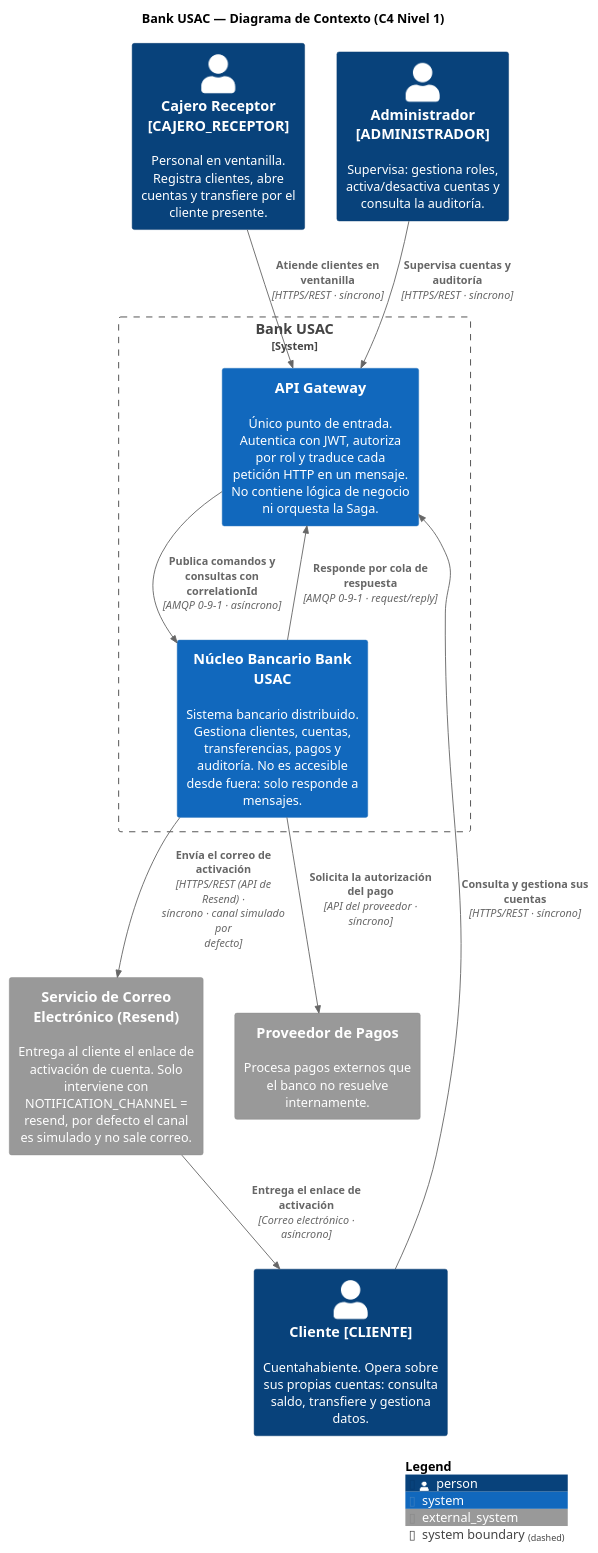
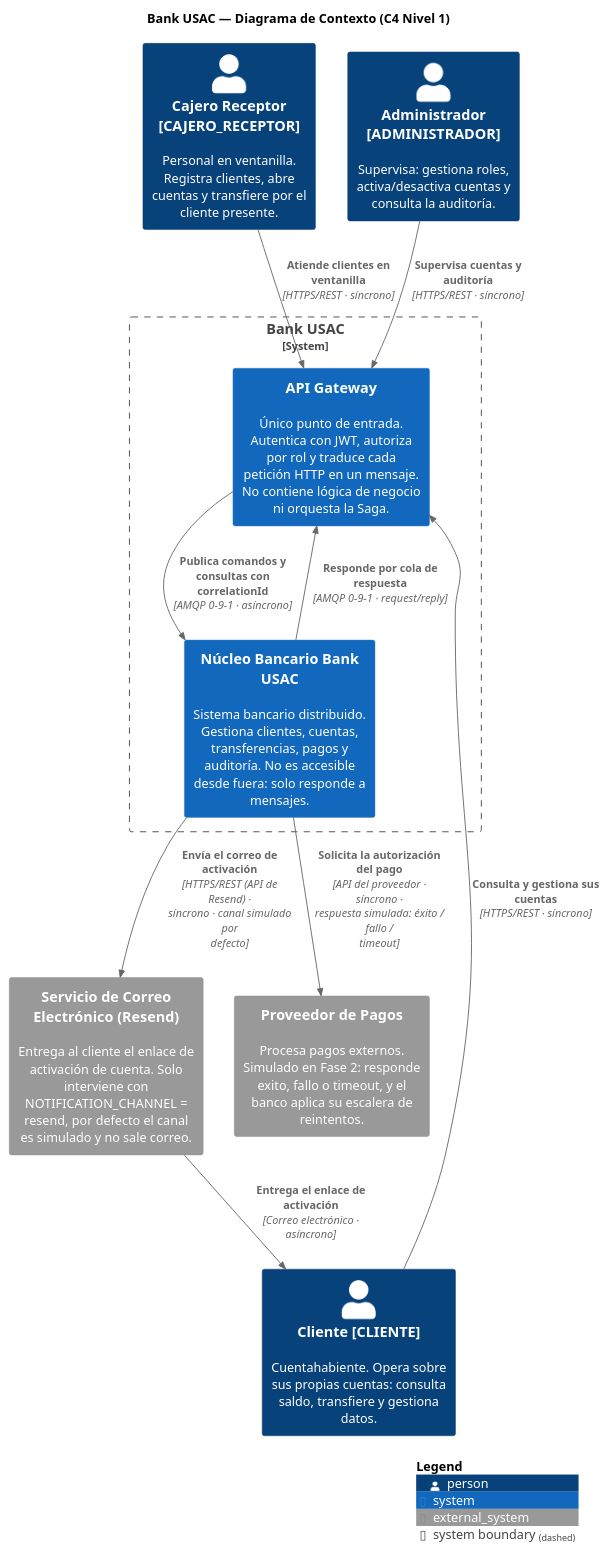
Before and after one commit to marcosbondel/Proyecto-SA-B-2: the diagram in docs/architecture/diagrams/02-c4-contexto.puml, drawn with PlantUML. The commit also changed 8 other files, not shown here.

```diff
--- a/docs/architecture/diagrams/02-c4-contexto.puml
+++ b/docs/architecture/diagrams/02-c4-contexto.puml
@@ -1,39 +1,39 @@
 @startuml
 !include https://raw.githubusercontent.com/plantuml-stdlib/C4-PlantUML/master/C4_Context.puml
 
 ' Bank USAC - C4 Nivel 1 - Diagrama de Contexto
 ' El API Gateway aparece explicitamente dentro del limite del sistema porque el
 ' enunciado lo exige en este nivel (§4.2, "Debe incluir: API Gateway") y evalua
 ' la "Representacion correcta del Gateway como punto de entrada". Es el unico
 ' elemento que recibe trafico de los actores; nada externo habla con el nucleo.
 ' Cada relacion declara tecnologia, protocolo y tipo de interaccion (sincrona o
 ' asincrona), tambien exigido por el enunciado.
 ' Esta fuente debe coincidir con 02-c4-contexto.mmd en TODAS las etiquetas.
 
 title Bank USAC — Diagrama de Contexto (C4 Nivel 1)
 
 Person(cliente, "Cliente [CLIENTE]", "Cuentahabiente. Opera sobre sus propias cuentas: consulta saldo, transfiere y gestiona datos.")
 Person(cajero, "Cajero Receptor [CAJERO_RECEPTOR]", "Personal en ventanilla. Registra clientes, abre cuentas y transfiere por el cliente presente.")
 Person(admin, "Administrador [ADMINISTRADOR]", "Supervisa: gestiona roles, activa/desactiva cuentas y consulta la auditoría.")
 
 System_Boundary(limite, "Bank USAC") {
     System(gateway, "API Gateway", "Único punto de entrada. Autentica con JWT, autoriza por rol y traduce cada petición HTTP en un mensaje. No contiene lógica de negocio ni orquesta la Saga.")
     System(bankusac, "Núcleo Bancario Bank USAC", "Sistema bancario distribuido. Gestiona clientes, cuentas, transferencias, pagos y auditoría. No es accesible desde fuera: solo responde a mensajes.")
 }
 
 System_Ext(correo, "Servicio de Correo Electrónico (Resend)", "Entrega al cliente el enlace de activación de cuenta. Solo interviene con NOTIFICATION_CHANNEL = resend, por defecto el canal es simulado y no sale correo.")
-System_Ext(proveedorPagos, "Proveedor de Pagos", "Procesa pagos externos que el banco no resuelve internamente.")
+System_Ext(proveedorPagos, "Proveedor de Pagos", "Procesa pagos externos. Simulado en Fase 2: responde exito, fallo o timeout, y el banco aplica su escalera de reintentos.")
 
 Rel(cliente, gateway, "Consulta y gestiona sus cuentas", "HTTPS/REST · síncrono")
 Rel(cajero, gateway, "Atiende clientes en ventanilla", "HTTPS/REST · síncrono")
 Rel(admin, gateway, "Supervisa cuentas y auditoría", "HTTPS/REST · síncrono")
 
 Rel(gateway, bankusac, "Publica comandos y consultas con correlationId", "AMQP 0-9-1 · asíncrono")
 Rel(bankusac, gateway, "Responde por cola de respuesta", "AMQP 0-9-1 · request/reply")
 
 Rel(bankusac, correo, "Envía el correo de activación", "HTTPS/REST (API de Resend) · síncrono · canal simulado por defecto")
 Rel(correo, cliente, "Entrega el enlace de activación", "Correo electrónico · asíncrono")
-Rel(bankusac, proveedorPagos, "Solicita la autorización del pago", "API del proveedor · síncrono")
+Rel(bankusac, proveedorPagos, "Solicita la autorización del pago", "API del proveedor · síncrono · respuesta simulada: éxito / fallo / timeout")
 
 SHOW_LEGEND()
 @enduml
```
